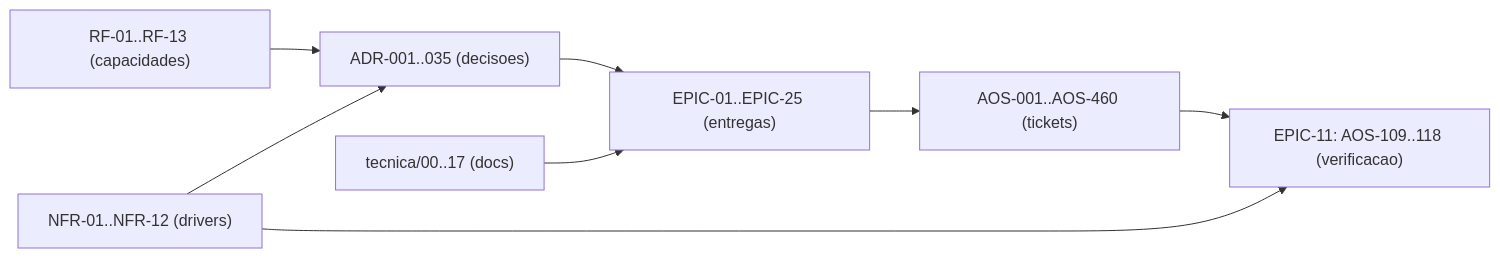
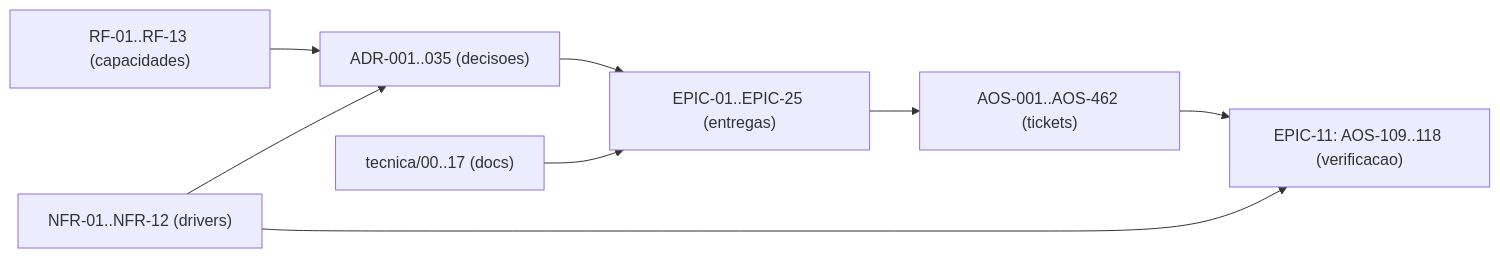
Before and after one commit to albinoJimy/aos: the diagram in tecnica/16_Rastreabilidade_RTM.md, drawn with Mermaid. The commit also changed other lines of this file and 9 other files, not shown here.

````diff
--- a/tecnica/16_Rastreabilidade_RTM.md
+++ b/tecnica/16_Rastreabilidade_RTM.md
@@ -200,10 +200,10 @@
 ```mermaid
 flowchart LR
     RF["RF-01..RF-13 (capacidades)"] --> ADR["ADR-001..035 (decisoes)"]
     NFR["NFR-01..NFR-12 (drivers)"] --> ADR
     ADR --> EPIC["EPIC-01..EPIC-25 (entregas)"]
-    EPIC --> TICK["AOS-001..AOS-460 (tickets)"]
+    EPIC --> TICK["AOS-001..AOS-462 (tickets)"]
     DOC["tecnica/00..17 (docs)"] --> EPIC
     TICK --> TEST["EPIC-11: AOS-109..118 (verificacao)"]
     NFR --> TEST
 ```
````
